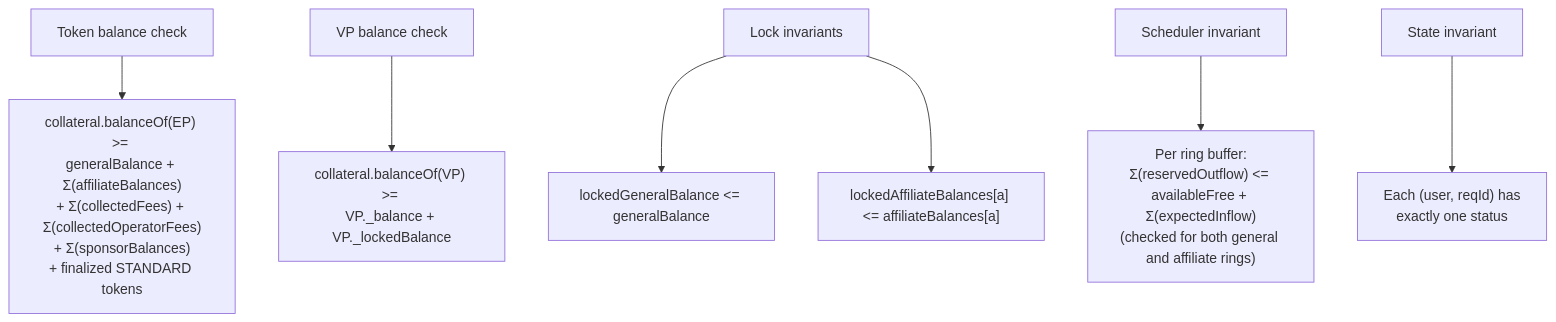
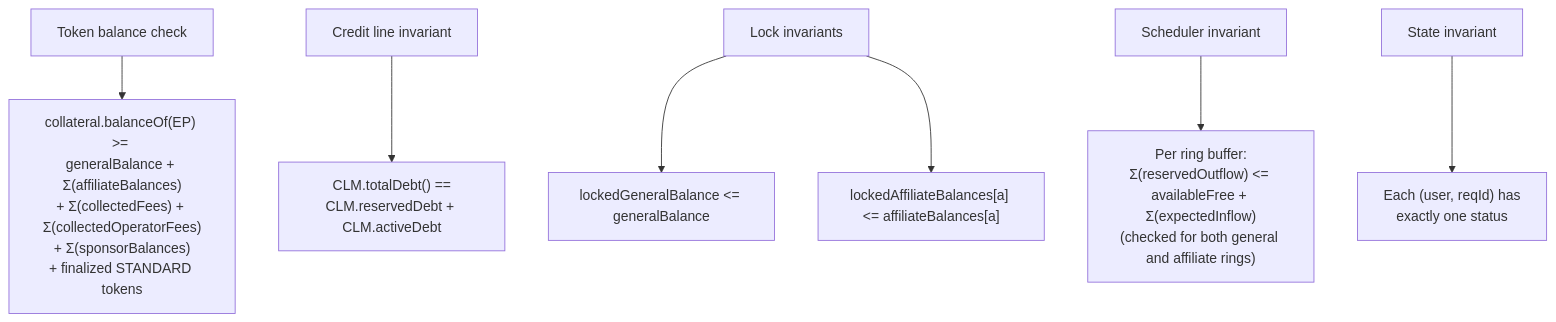
One commit to SYMM-IO/perps-core changed diagram 32 of 33 in docs/v0.8.6/express-bot-operations-checklist.md. Above: the diagram before and after it, drawn with Mermaid. The commit also changed other lines of this file and 9 other files, not shown here.

Commit message:
docs: replace VirtualProvider with Credit Line system in express provider docs

````diff
--- a/docs/v0.8.6/express-bot-operations-checklist.md
+++ b/docs/v0.8.6/express-bot-operations-checklist.md
@@ -4864,13 +4548,13 @@
 ```mermaid
 flowchart TD
     A["Token balance check"] --> B["collateral.balanceOf(EP) >= \ngeneralBalance + Σ(affiliateBalances)\n+ Σ(collectedFees) + Σ(collectedOperatorFees)\n+ Σ(sponsorBalances)\n+ finalized STANDARD tokens"]
 
-    C["VP balance check"] --> D["collateral.balanceOf(VP) >= \nVP._balance + VP._lockedBalance"]
+    C["Credit line invariant"] --> D["CLM.totalDebt() ==\nCLM.reservedDebt + CLM.activeDebt"]
 
     E["Lock invariants"] --> F["lockedGeneralBalance <= generalBalance"]
     E --> G["lockedAffiliateBalances[a] <= affiliateBalances[a]"]
 
     H["Scheduler invariant"] --> I["Per ring buffer:\nΣ(reservedOutflow) <= \navailableFree + Σ(expectedInflow)\n(checked for both general and affiliate rings)"]
 
     J["State invariant"] --> K["Each (user, reqId) has\nexactly one status"]
 ```
````
